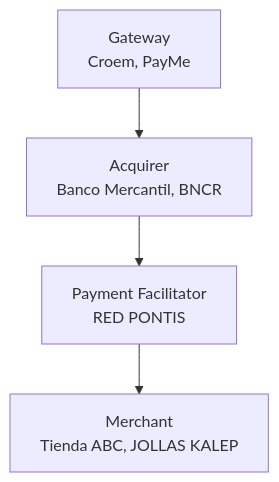
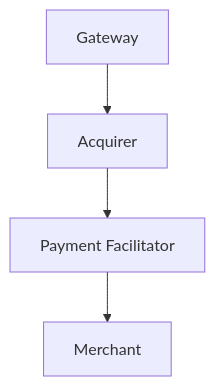
Before and after one commit to alignet-docs/Alignet-docs: the first of 2 diagrams in en/onboarding/index.mdx, drawn with Mermaid. The commit also changed 9 other files, not shown here.

````diff
--- a/en/onboarding/index.mdx
+++ b/en/onboarding/index.mdx
@@ -11,6 +11,6 @@
 ```mermaid
 flowchart TD
-    G["Gateway<br/>Croem, PayMe"] --> A["Acquirer<br/>Banco Mercantil, BNCR"]
-    A --> PF["Payment Facilitator<br/>RED PONTIS"]
-    PF --> M["Merchant<br/>Tienda ABC, JOLLAS KALEP"]
+    G["Gateway"] --> A["Acquirer"]
+    A --> PF["Payment Facilitator"]
+    PF --> M["Merchant"]
 ```
````
